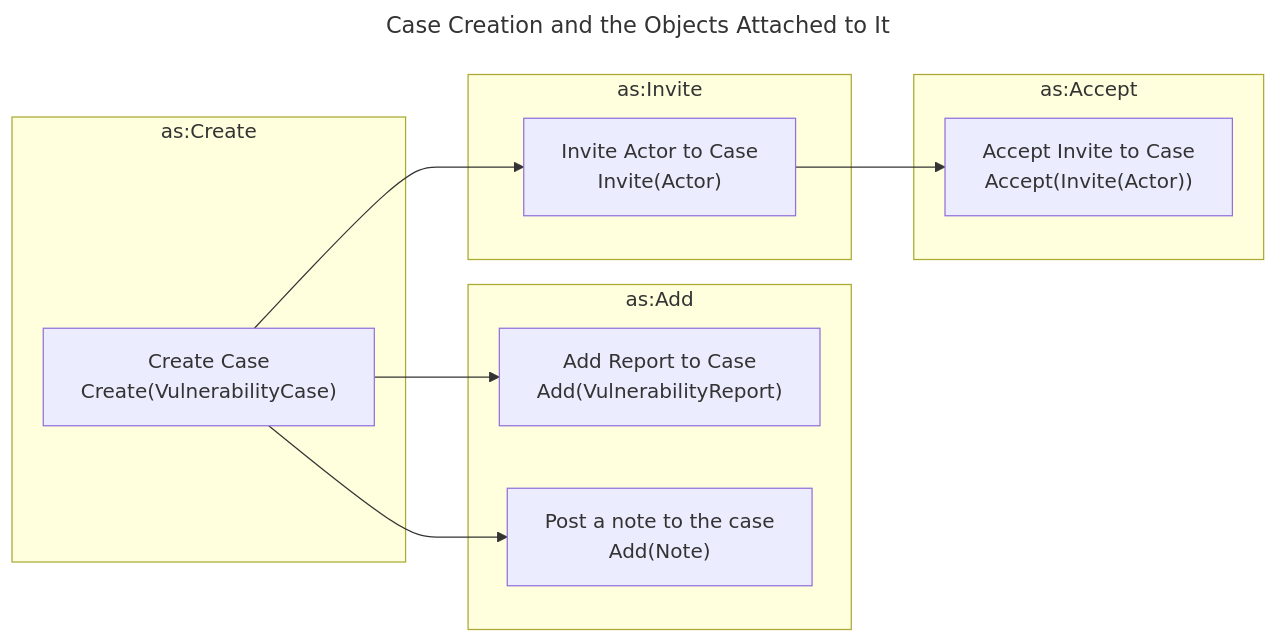
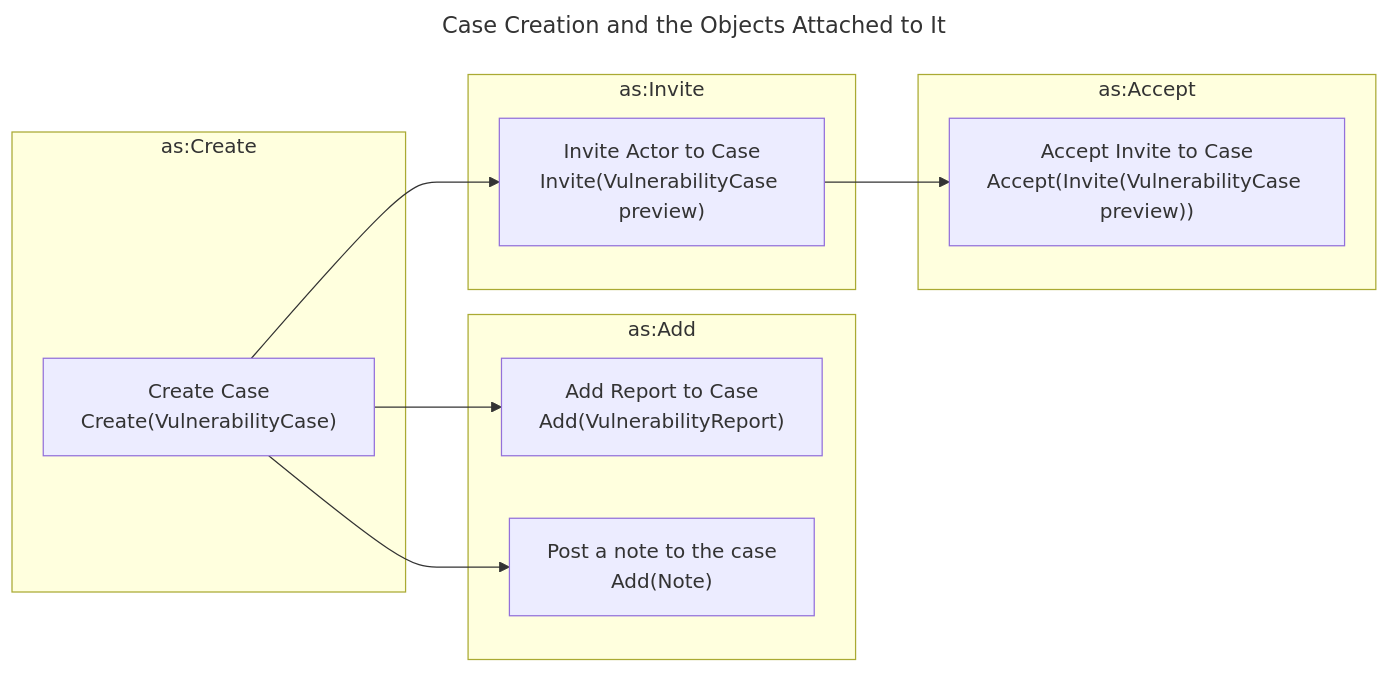
One commit to CERTCC/Vultron changed the diagram in docs/howto/activitypub/activities/initialize_case.md. Above: the diagram before and after it, drawn with Mermaid. The commit also changed other lines of this file and 129 other files, not shown here.

First line of the commit message:
test, docs, specs: move case Invites to AS2 slots and the stub to the preview

````diff
--- a/docs/howto/activitypub/activities/initialize_case.md
+++ b/docs/howto/activitypub/activities/initialize_case.md
@@ -32,23 +32,23 @@
 ```mermaid
 ---
 title: Case Creation and the Objects Attached to It
 ---
 flowchart LR
     subgraph as:Create
         CreateCase["Create Case<br/>Create(VulnerabilityCase)"]
     end
     subgraph as:Add
         AddReportToCase["Add Report to Case<br/>Add(VulnerabilityReport)"]
         AddNoteToCase["Post a note to the case<br/>Add(Note)"]
     end
     subgraph as:Invite
-        RmInviteToCase["Invite Actor to Case<br/>Invite(Actor)"]
+        RmInviteToCase["Invite Actor to Case<br/>Invite(VulnerabilityCase preview)"]
     end
     subgraph as:Accept
-        RmAcceptInviteToCase["Accept Invite to Case<br/>Accept(Invite(Actor))"]
+        RmAcceptInviteToCase["Accept Invite to Case<br/>Accept(Invite(VulnerabilityCase preview))"]
     end
     CreateCase --> AddReportToCase
     CreateCase --> RmInviteToCase
     RmInviteToCase --> RmAcceptInviteToCase
     CreateCase --> AddNoteToCase
 ```
````
